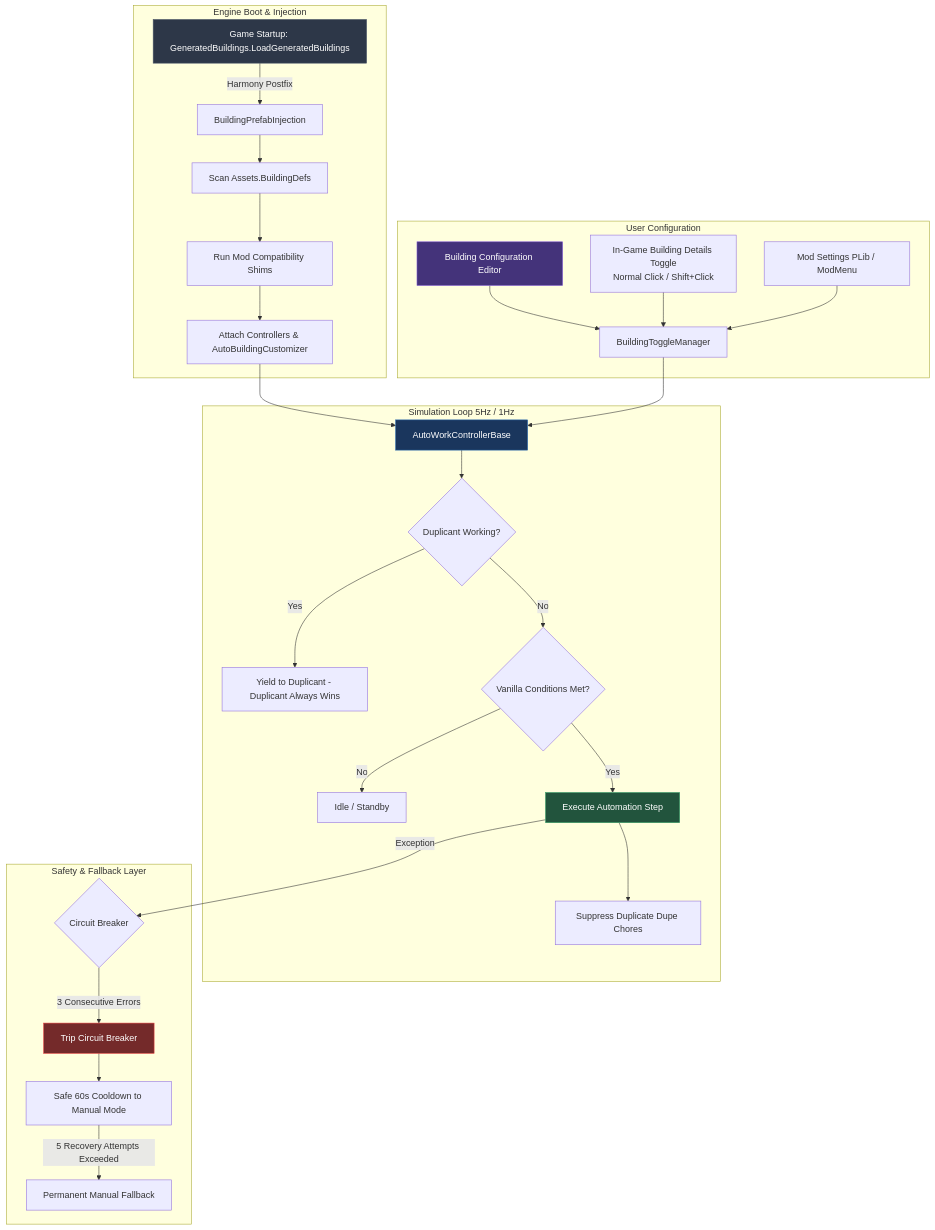
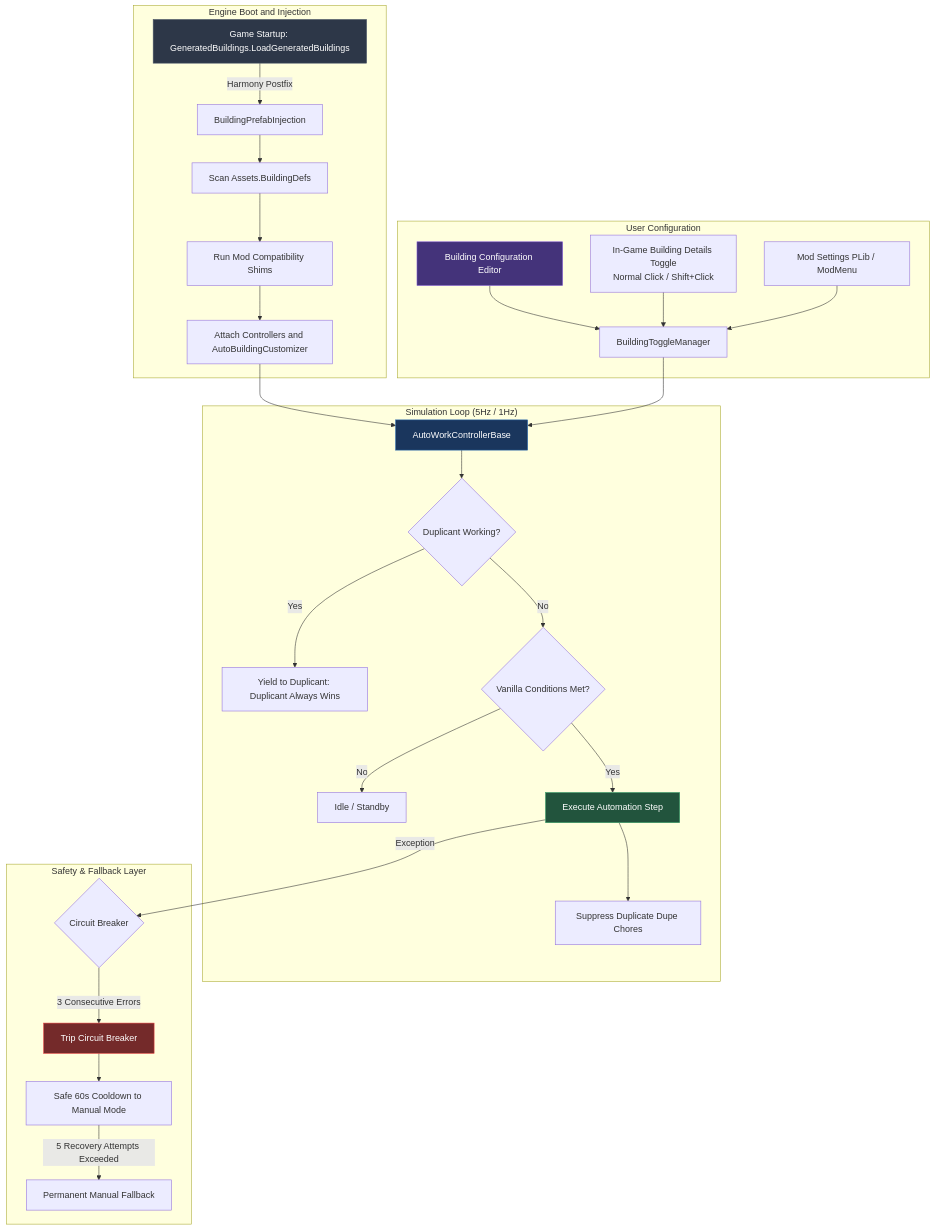
One commit to Eurekalo/Automatic_Industry changed the first of 2 diagrams in wiki/Home.md. Above: the diagram before and after it, drawn with Mermaid. The commit also changed other lines of this file and 5 other files, not shown here.

Commit message:
docs(wiki): fix Mermaid diagram syntax and quoting for GitHub renderer

````diff
--- a/wiki/Home.md
+++ b/wiki/Home.md
@@ -11,39 +11,39 @@
 ```mermaid
 graph TB
-    subgraph Engine Boot & Injection
-        A[Game Startup: GeneratedBuildings.LoadGeneratedBuildings] -->|Harmony Postfix| B[BuildingPrefabInjection]
-        B --> C[Scan Assets.BuildingDefs]
-        C --> D[Run Mod Compatibility Shims]
-        D --> E[Attach Controllers & AutoBuildingCustomizer]
+    subgraph SubBoot ["Engine Boot and Injection"]
+        A["Game Startup: GeneratedBuildings.LoadGeneratedBuildings"] -->|Harmony Postfix| B["BuildingPrefabInjection"]
+        B --> C["Scan Assets.BuildingDefs"]
+        C --> D["Run Mod Compatibility Shims"]
+        D --> E["Attach Controllers and AutoBuildingCustomizer"]
     end
 
-    subgraph Simulation Loop 5Hz / 1Hz
-        E --> F[AutoWorkControllerBase]
-        F --> G{Duplicant Working?}
-        G -->|Yes| H[Yield to Duplicant - Duplicant Always Wins]
-        G -->|No| I{Vanilla Conditions Met?}
-        I -->|No| J[Idle / Standby]
-        I -->|Yes| K[Execute Automation Step]
-        K --> L[Suppress Duplicate Dupe Chores]
+    subgraph SubSim ["Simulation Loop (5Hz / 1Hz)"]
+        E --> F["AutoWorkControllerBase"]
+        F --> G{"Duplicant Working?"}
+        G -->|Yes| H["Yield to Duplicant: Duplicant Always Wins"]
+        G -->|No| I{"Vanilla Conditions Met?"}
+        I -->|No| J["Idle / Standby"]
+        I -->|Yes| K["Execute Automation Step"]
+        K --> L["Suppress Duplicate Dupe Chores"]
     end
 
-    subgraph Safety & Fallback Layer
-        K -->|Exception| M{Circuit Breaker}
-        M -->|3 Consecutive Errors| N[Trip Circuit Breaker]
-        N --> O[Safe 60s Cooldown to Manual Mode]
-        O -->|5 Recovery Attempts Exceeded| P[Permanent Manual Fallback]
+    subgraph SubSafety ["Safety & Fallback Layer"]
+        K -->|Exception| M{"Circuit Breaker"}
+        M -->|3 Consecutive Errors| N["Trip Circuit Breaker"]
+        N --> O["Safe 60s Cooldown to Manual Mode"]
+        O -->|5 Recovery Attempts Exceeded| P["Permanent Manual Fallback"]
     end
 
-    subgraph User Configuration
-        Q[Building Configuration Editor] --> S[BuildingToggleManager]
-        R[In-Game Building Details Toggle<br/>Normal Click / Shift+Click] --> S
-        T[Mod Settings PLib / ModMenu] --> S
+    subgraph SubConfig ["User Configuration"]
+        Q["Building Configuration Editor"] --> S["BuildingToggleManager"]
+        R["In-Game Building Details Toggle<br/>Normal Click / Shift+Click"] --> S
+        T["Mod Settings PLib / ModMenu"] --> S
         S --> F
     end
 
     style A fill:#2d3748,stroke:#4a5568,color:#fff
     style F fill:#1a365d,stroke:#2b6cb0,color:#fff
     style K fill:#22543d,stroke:#38a169,color:#fff
     style N fill:#742a2a,stroke:#e53e3e,color:#fff
     style Q fill:#44337a,stroke:#805ad5,color:#fff
 ```
````
